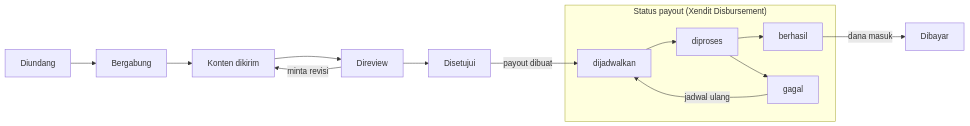
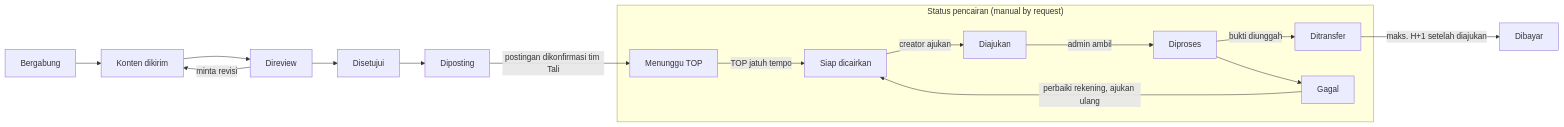
The diagram in docs/PRD.md (rezaismailh/InfluencerCampaignJob), drawn with Mermaid before and after one commit. The commit also changed other lines of this file, not shown here.

First line of the commit message:
Revise PRD: Tali-curated jobs and manual payout by request

````diff
--- a/docs/PRD.md
+++ b/docs/PRD.md
@@ -82,12 +89,12 @@
 ```mermaid
 flowchart LR
-  A[Diundang] --> B[Bergabung] --> C[Konten dikirim] --> D[Direview] --> E[Disetujui]
-  D -- minta revisi --> C
-  E -- payout dibuat --> P1
-  subgraph Payout["Status payout (Xendit Disbursement)"]
-    P1[dijadwalkan] --> P2[diproses] --> P3[berhasil]
-    P2 --> P4[gagal]
-    P4 -- jadwal ulang --> P1
+  A[Bergabung] --> B[Konten dikirim] --> C[Direview] --> D[Disetujui] --> E[Diposting]
+  C -- minta revisi --> B
+  E -- postingan dikonfirmasi tim Tali --> P1
+  subgraph Pencairan["Status pencairan (manual by request)"]
+    P1[Menunggu TOP] -- TOP jatuh tempo --> P2[Siap dicairkan] -- creator ajukan --> P3[Diajukan] -- admin ambil --> P4[Diproses] -- bukti diunggah --> P5[Ditransfer]
+    P4 --> P6[Gagal]
+    P6 -- perbaiki rekening, ajukan ulang --> P2
   end
-  P3 -- dana masuk --> F[Dibayar]
+  P5 -- maks. H+1 setelah diajukan --> F[Dibayar]
 ```
````
